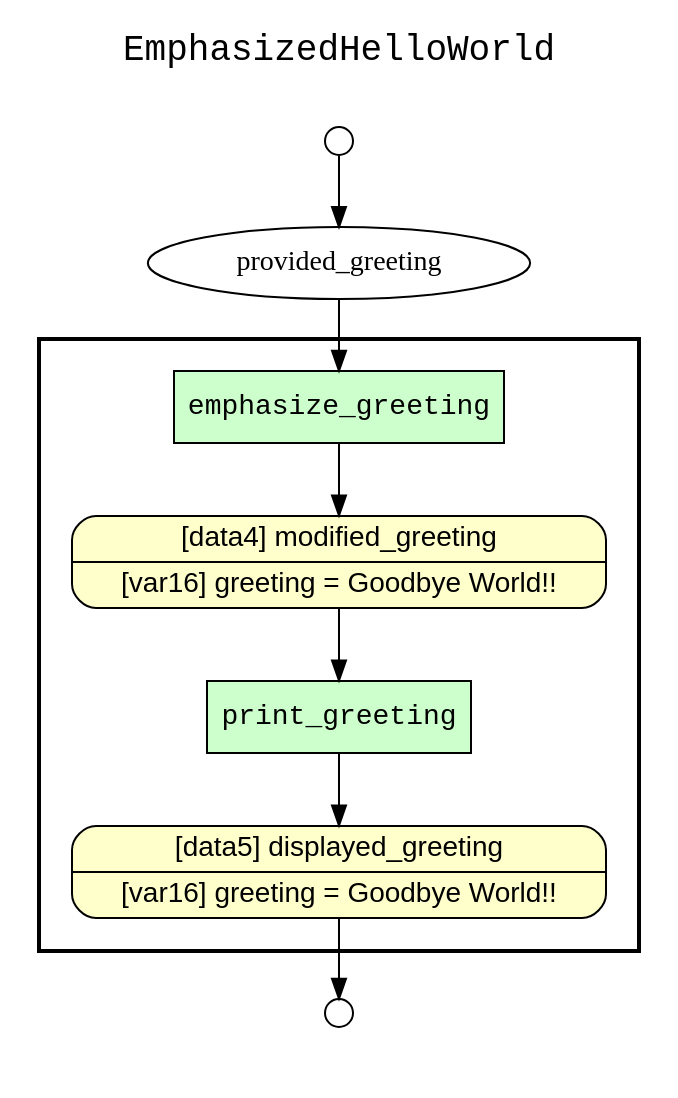
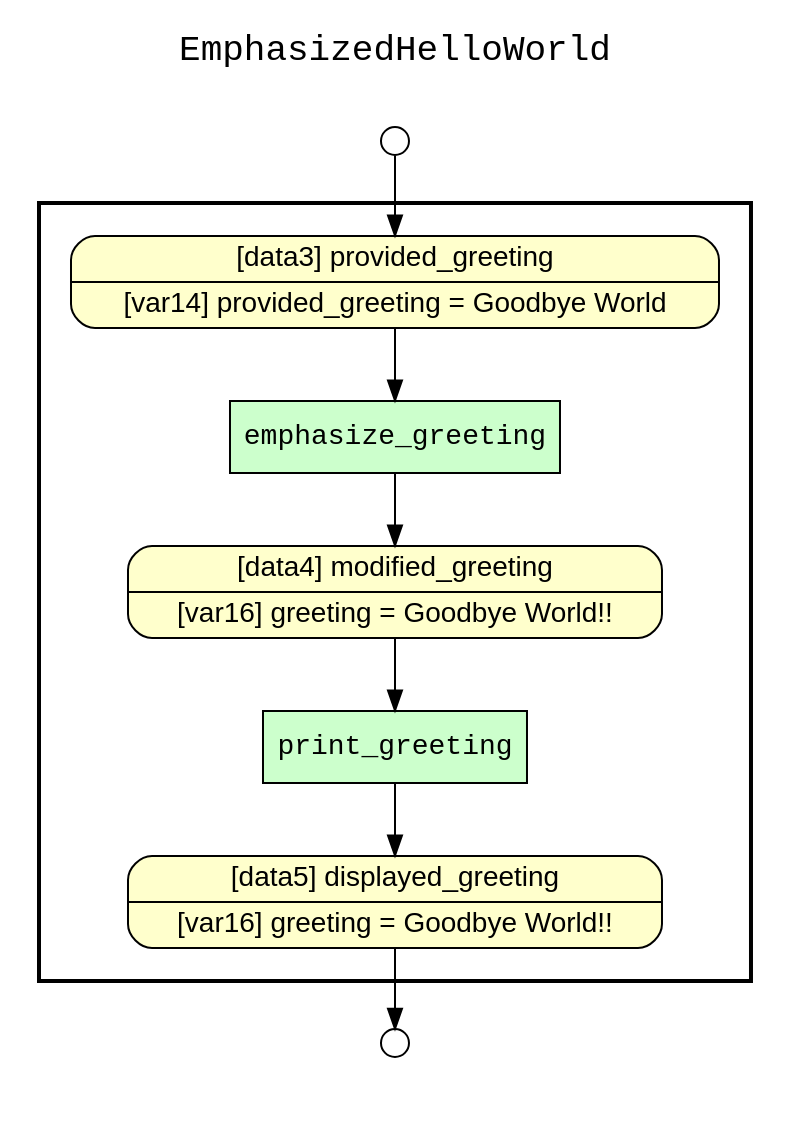
The diagram in examples/03_emphasized_hello_world/yw_nw_retrospective_lineage.gv (yesworkflow-org/yw-noworkflow), drawn with Graphviz before and after one commit. The commit also changed 12 other files, not shown here.

Commit message:
Direct variable dependencies now included in lineage graph.

```diff
--- a/examples/03_emphasized_hello_world/yw_nw_retrospective_lineage.gv
+++ b/examples/03_emphasized_hello_world/yw_nw_retrospective_lineage.gv
@@ -1,32 +1,33 @@
 
 digraph yw_data_view {
 rankdir=TB
 fontname=Courier; fontsize=18; labelloc=t
 label="EmphasizedHelloWorld"
 subgraph cluster_workflow { label=""; color=black; penwidth=2
 subgraph cluster_workflow_inner { label=""; color=white
 node[shape=box style="filled" fillcolor="#CCFFCC" peripheries=1 fontname=Courier]
 emphasize_greeting
 print_greeting
 node[shape=box style="filled" fillcolor="#CCFFCC" peripheries=1 fontname=Courier]
 node[shape=box style="rounded,filled" fillcolor="#FFFFCC" peripheries=1 fontname=Helvetica]
+provided_greeting [shape=record rankdir=LR label="{<f0> [data3] provided_greeting |<f1> [var14] provided_greeting = Goodbye World}"]
 modified_greeting [shape=record rankdir=LR label="{<f0> [data4] modified_greeting |<f1> [var16] greeting = Goodbye World!!}"]
 displayed_greeting [shape=record rankdir=LR label="{<f0> [data5] displayed_greeting |<f1> [var16] greeting = Goodbye World!!}"]
 }}
 subgraph cluster_inflows { label=""; color=white; penwidth=2
 subgraph cluster_inflows_inner { label=""; color=white
 node[shape=circle fillcolor="#FFFFFF" peripheries=1 width=0.2]
 provided_greeting_inflow [label=""]
 }}
 subgraph cluster_outflows { label=""; color=white; penwidth=2
 subgraph cluster_outflows_inner { label=""; color=white
 node[shape=circle fillcolor="#FFFFFF" peripheries=1 width=0.2]
 displayed_greeting_outflow [label=""]
 }}
 modified_greeting -> print_greeting
 provided_greeting -> emphasize_greeting
 emphasize_greeting -> modified_greeting
 print_greeting -> displayed_greeting
 provided_greeting_inflow -> provided_greeting
 displayed_greeting -> displayed_greeting_outflow
 }
```
